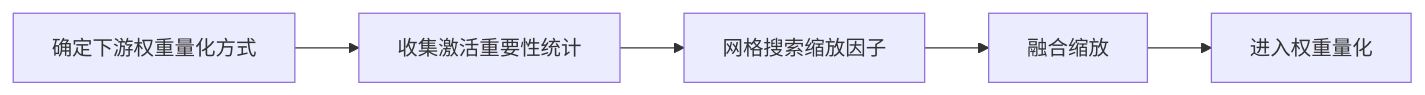
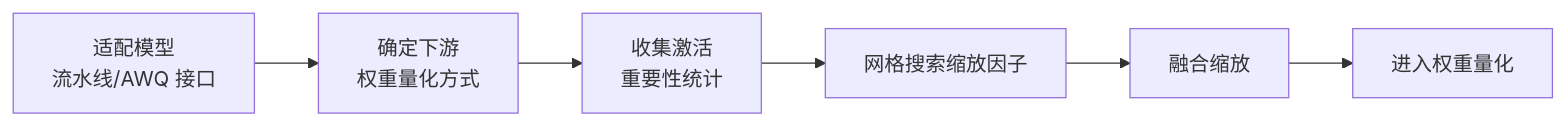
Before and after one commit to mindstudio-docs/master: the diagram in msmodelslim/docs/zh/knowledge_base/quantization_algorithms/awq_smooth/usage_awq_smooth.md, drawn with Mermaid. The commit also changed other lines of this file and 235 other files, not shown here.

````diff
--- a/msmodelslim/docs/zh/knowledge_base/quantization_algorithms/awq_smooth/usage_awq_smooth.md
+++ b/msmodelslim/docs/zh/knowledge_base/quantization_algorithms/awq_smooth/usage_awq_smooth.md
@@ -24,7 +21,8 @@
 ```mermaid
 flowchart LR
-    A[确定下游权重量化方式] --> B[收集激活重要性统计]
-    B[收集激活重要性统计] --> C[网格搜索缩放因子]
-    C[网格搜索缩放因子] --> D[融合缩放]
-    D[融合缩放] --> E[进入权重量化]
+    A[适配模型<br/>流水线/AWQ 接口] --> B[确定下游<br/>权重量化方式]
+    B --> C[收集激活<br/>重要性统计]
+    C --> D[网格搜索缩放因子]
+    D --> E[融合缩放]
+    E --> F[进入权重量化]
 ```
````
